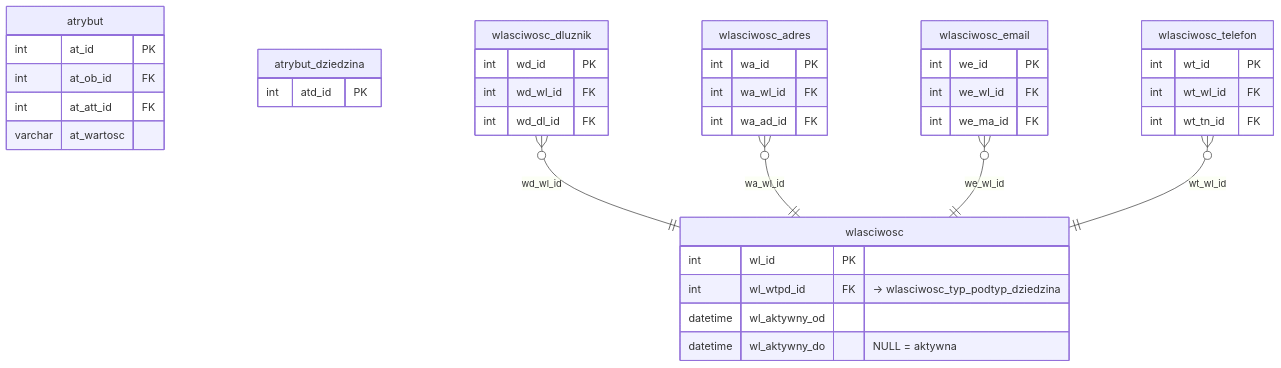
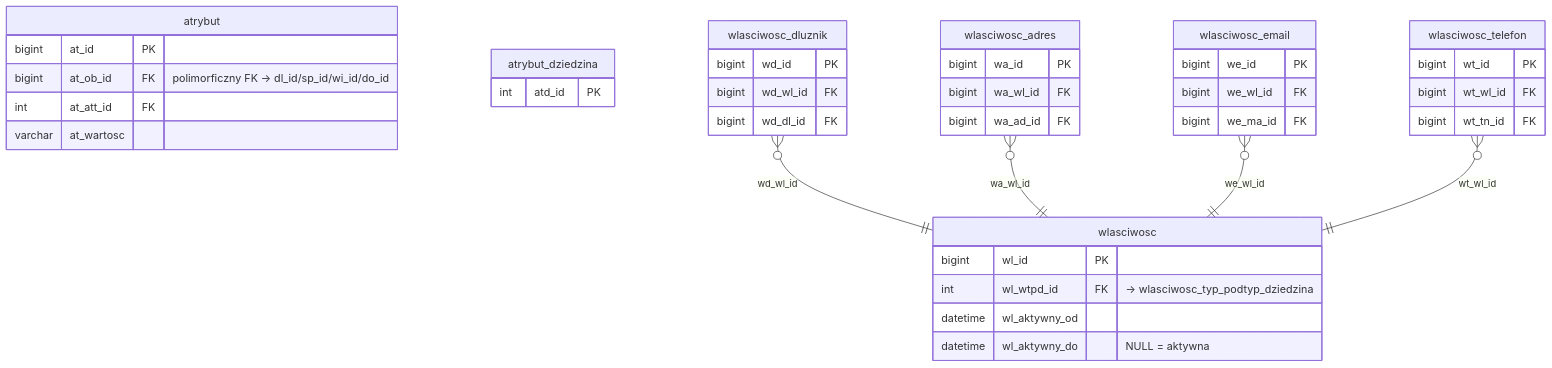
The diagram in docs/struktura-stagingu/tabele-generyczne.md (oskar-bialek-bakk/intrum-migration-docs), drawn with Mermaid before and after one commit. The commit also changed other lines of this file and 12 other files, not shown here.

````diff
--- a/docs/struktura-stagingu/tabele-generyczne.md
+++ b/docs/struktura-stagingu/tabele-generyczne.md
@@ -20,49 +20,49 @@
 ```mermaid
 erDiagram
     atrybut {
-        int         at_id              PK
-        int         at_ob_id           FK
+        bigint      at_id              PK
+        bigint      at_ob_id           FK   "polimorficzny FK → dl_id/sp_id/wi_id/do_id"
         int         at_att_id          FK
         varchar     at_wartosc
     }
 
     atrybut_dziedzina {
         int         atd_id             PK
     }
 
     wlasciwosc {
-        int         wl_id              PK
+        bigint      wl_id              PK
         int         wl_wtpd_id         FK   "→ wlasciwosc_typ_podtyp_dziedzina"
         datetime    wl_aktywny_od
         datetime    wl_aktywny_do            "NULL = aktywna"
     }
 
     wlasciwosc_dluznik {
-        int         wd_id              PK
-        int         wd_wl_id           FK
-        int         wd_dl_id           FK
+        bigint      wd_id              PK
+        bigint      wd_wl_id           FK
+        bigint      wd_dl_id           FK
     }
 
     wlasciwosc_adres {
-        int         wa_id              PK
-        int         wa_wl_id           FK
-        int         wa_ad_id           FK
+        bigint      wa_id              PK
+        bigint      wa_wl_id           FK
+        bigint      wa_ad_id           FK
     }
 
     wlasciwosc_email {
-        int         we_id              PK
-        int         we_wl_id           FK
-        int         we_ma_id           FK
+        bigint      we_id              PK
+        bigint      we_wl_id           FK
+        bigint      we_ma_id           FK
     }
 
     wlasciwosc_telefon {
-        int         wt_id              PK
-        int         wt_wl_id           FK
-        int         wt_tn_id           FK
+        bigint      wt_id              PK
+        bigint      wt_wl_id           FK
+        bigint      wt_tn_id           FK
     }
 
     wlasciwosc_dluznik }o--|| wlasciwosc : "wd_wl_id"
     wlasciwosc_adres }o--|| wlasciwosc : "wa_wl_id"
     wlasciwosc_email }o--|| wlasciwosc : "we_wl_id"
     wlasciwosc_telefon }o--|| wlasciwosc : "wt_wl_id"
 ```
````
